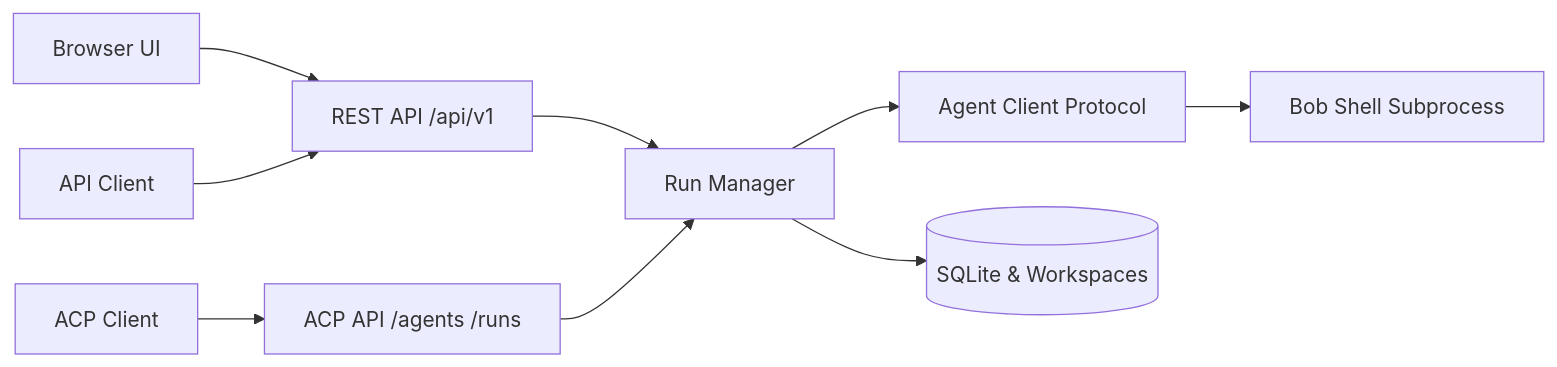
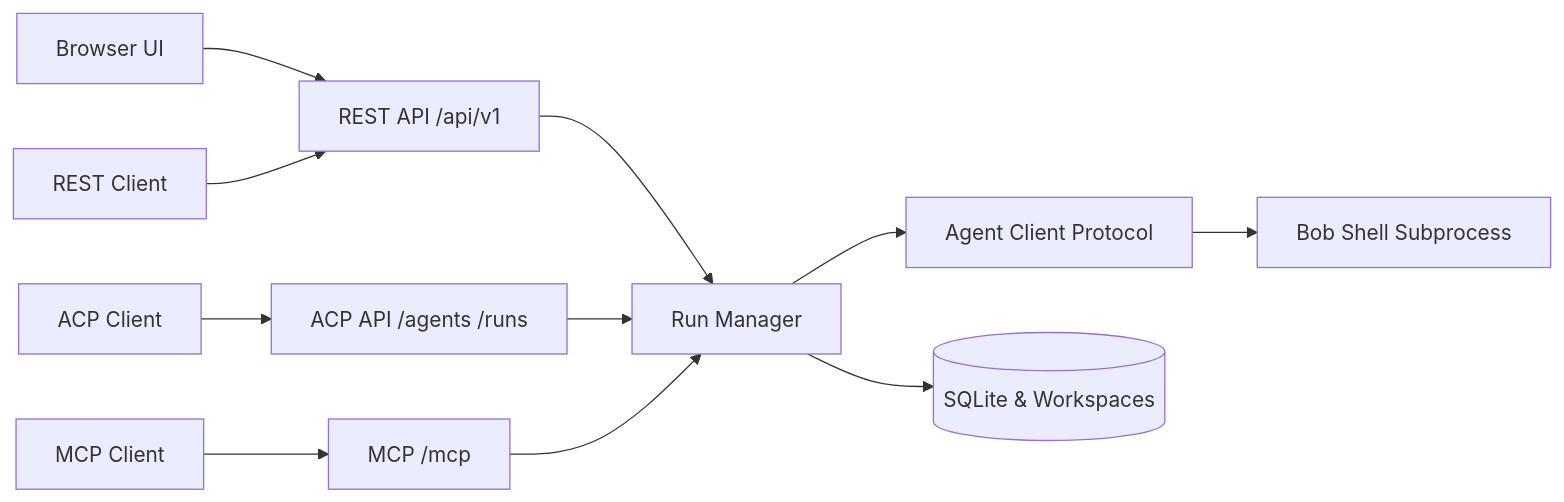
The diagram in ai/ai-engineering/headless-bob/README.md (ibm-self-serve-assets/building-blocks), drawn with Mermaid before and after one commit. The commit also changed other lines of this file, not shown here.

````diff
--- a/ai/ai-engineering/headless-bob/README.md
+++ b/ai/ai-engineering/headless-bob/README.md
@@ -18,11 +27,13 @@
 ```mermaid
 flowchart LR
     UI[Browser UI] --> REST[REST API /api/v1]
-    Client[API Client] --> REST
+    Client[REST Client] --> REST
     Agent[ACP Client] --> ACP[ACP API /agents /runs]
+    MCPClient[MCP Client] --> MCP[MCP /mcp]
     REST --> Manager[Run Manager]
     ACP --> Manager
+    MCP --> Manager
     Manager --> Runtime[Agent Client Protocol]
     Runtime --> Bob[Bob Shell Subprocess]
     Manager --> Store[(SQLite & Workspaces)]
 ```
````
